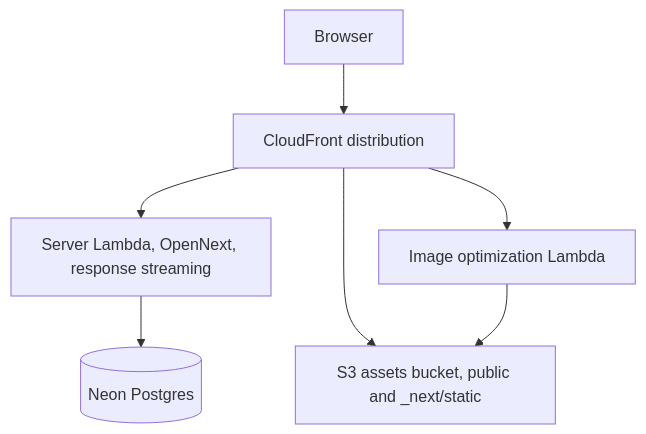
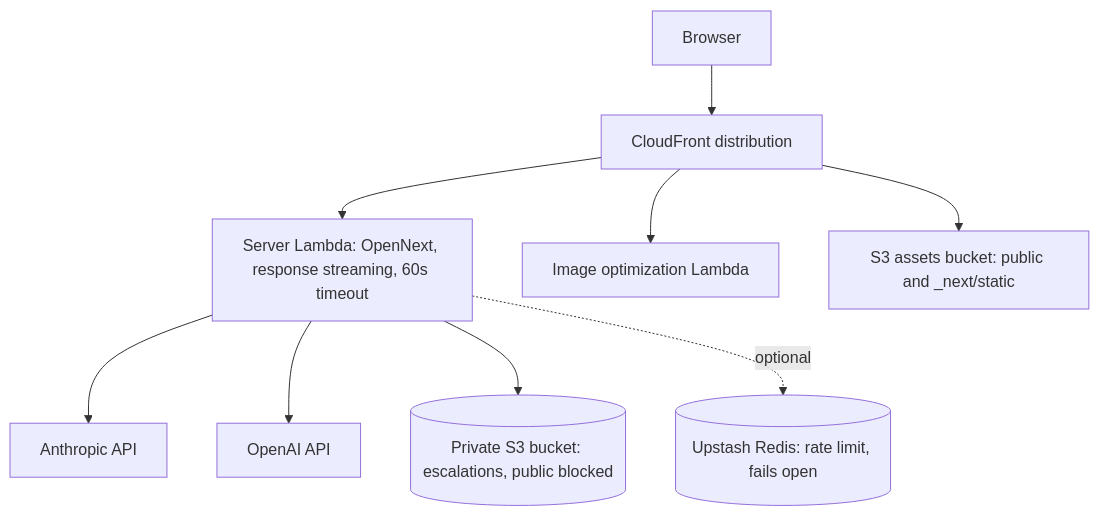
One commit to elleskay/ai-tax-assistant-platform changed the fifth of 8 diagrams in README.md. Above: the diagram before and after it, drawn with Mermaid. The commit also changed other lines of this file and 19 other files, not shown here.

````diff
--- a/README.md
+++ b/README.md
@@ -109,13 +225,12 @@
 ```mermaid
 flowchart TD
-  U[Browser]
-  CF[CloudFront distribution]
-  U --> CF
+  U[Browser] --> CF[CloudFront distribution]
+  CF --> SRV["Server Lambda: OpenNext, response streaming, 60s timeout"]
+  CF --> IMG[Image optimization Lambda]
+  CF --> S3A["S3 assets bucket: public and _next/static"]
 
-  CF --> SRV[Server Lambda, OpenNext, response streaming]
-  CF --> IMG[Image optimization Lambda]
-  CF --> S3[S3 assets bucket, public and _next/static]
-
-  SRV --> NEON[(Neon Postgres)]
-  IMG --> S3
+  SRV --> ANTH[Anthropic API]
+  SRV --> OAI[OpenAI API]
+  SRV --> HITL[("Private S3 bucket: escalations, public blocked")]
+  SRV -. optional .-> UP[("Upstash Redis: rate limit, fails open")]
 ```
````
